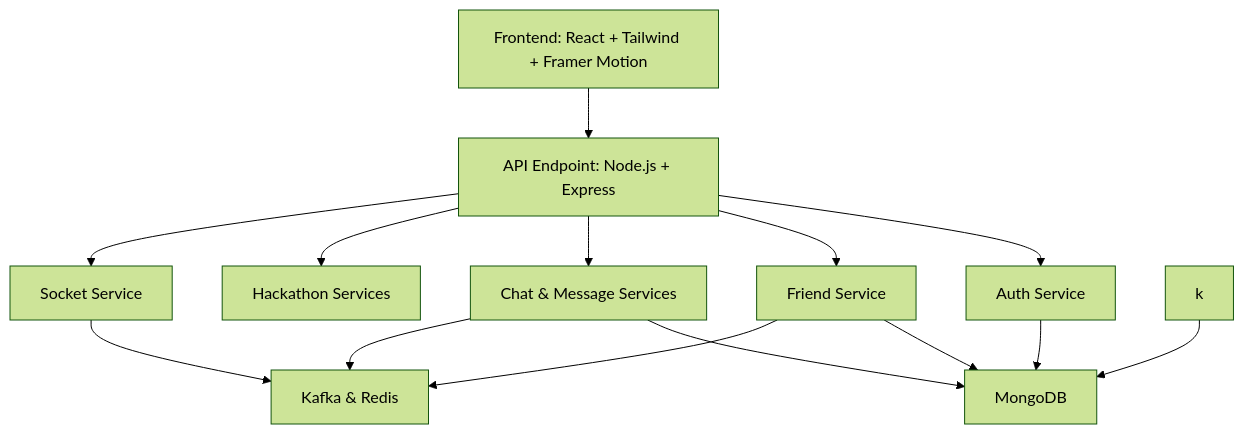
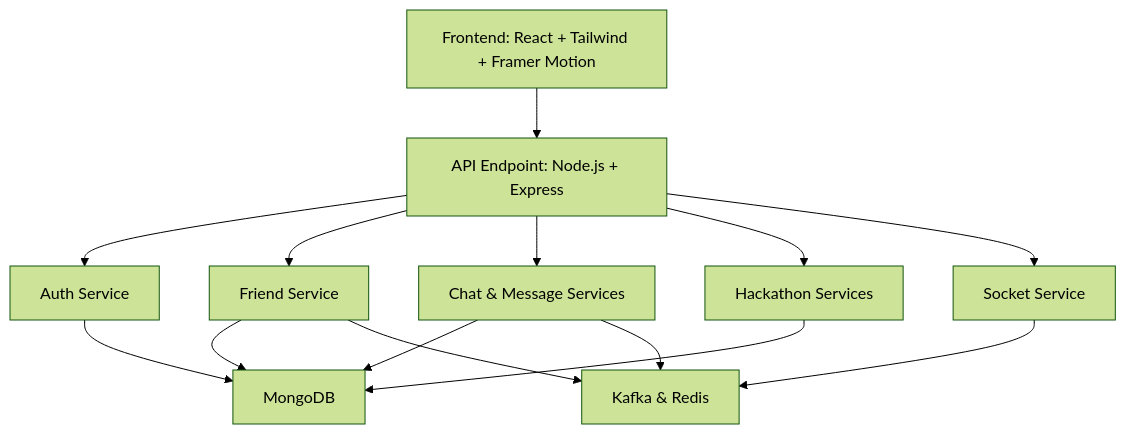
One commit to Raj-dev08/HackIT changed the diagram in README.md. Above: the diagram before and after it, drawn with Mermaid (forest theme).

Commit message:
fixed small typo in readme

````diff
--- a/README.md
+++ b/README.md
@@ -127,16 +127,16 @@
 ```mermaid
 graph TD
 A[Frontend: React + Tailwind + Framer Motion] --> B[API Endpoint: Node.js + Express]
 B --> C[Auth Service]
 B --> D[Friend Service]
 B --> E[Chat & Message Services]
 B --> K[Hackathon Services]
 B --> F[Socket Service]
 C --> G[MongoDB]
 D --> G
 E --> G
-k --> G
+K --> G
 F --> H[Kafka & Redis]
 D --> H
 E --> H
 ```
````
